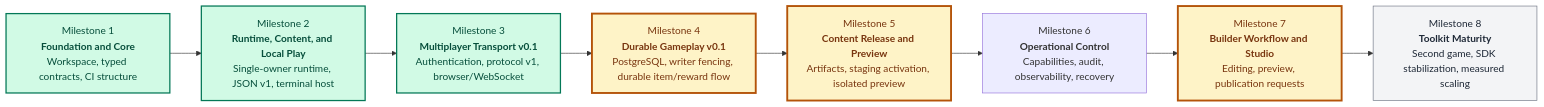
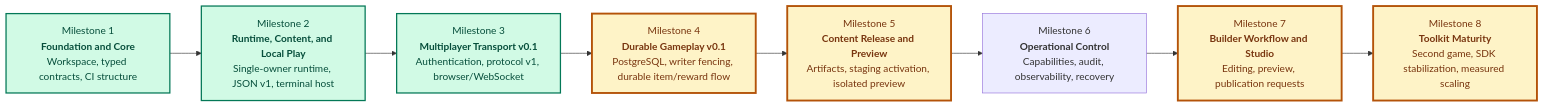
Before and after one commit to MudDevelopment/Worldwright: the diagram in ROAD-MAP.md, drawn with Mermaid. The commit also changed other lines of this file and 53 other files, not shown here.

````diff
--- a/ROAD-MAP.md
+++ b/ROAD-MAP.md
@@ -108,20 +109,20 @@
 ```mermaid
 flowchart LR
     M1["Milestone 1<br/><strong>Foundation and Core</strong><br/>Workspace, typed contracts, CI structure"]
     M2["Milestone 2<br/><strong>Runtime, Content, and Local Play</strong><br/>Single-owner runtime, JSON v1, terminal host"]
     M3["Milestone 3<br/><strong>Multiplayer Transport v0.1</strong><br/>Authentication, protocol v1, browser/WebSocket"]
     M4["Milestone 4<br/><strong>Durable Gameplay v0.1</strong><br/>PostgreSQL, writer fencing, durable item/reward flow"]
     M5["Milestone 5<br/><strong>Content Release and Preview</strong><br/>Artifacts, staging activation, isolated preview"]
     M6["Milestone 6<br/><strong>Operational Control</strong><br/>Capabilities, audit, observability, recovery"]
     M7["Milestone 7<br/><strong>Builder Workflow and Studio</strong><br/>Editing, preview, publication requests"]
     M8["Milestone 8<br/><strong>Toolkit Maturity</strong><br/>Second game, SDK stabilization, measured scaling"]
     M1 --> M2 --> M3 --> M4 --> M5 --> M6 --> M7 --> M8
     classDef complete fill:#d1fae5,stroke:#047857,color:#064e3b,stroke-width:2px
     classDef next fill:#fef3c7,stroke:#b45309,color:#78350f,stroke-width:3px
     classDef planned fill:#f3f4f6,stroke:#6b7280,color:#1f2937,stroke-width:1px
     class M1,M2,M3 complete
     classDef awaiting fill:#fef3c7,stroke:#b45309,color:#78350f,stroke-width:3px
     class M4,M5 awaiting
     class M7 awaiting
-    class M8 planned
+    class M8 awaiting
 ```
````
